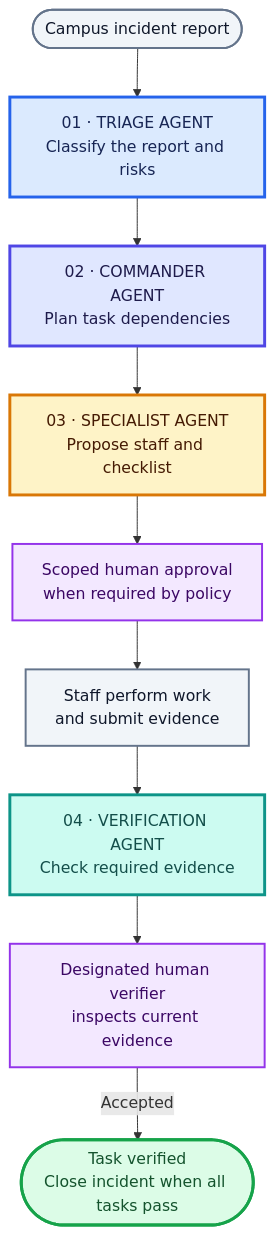
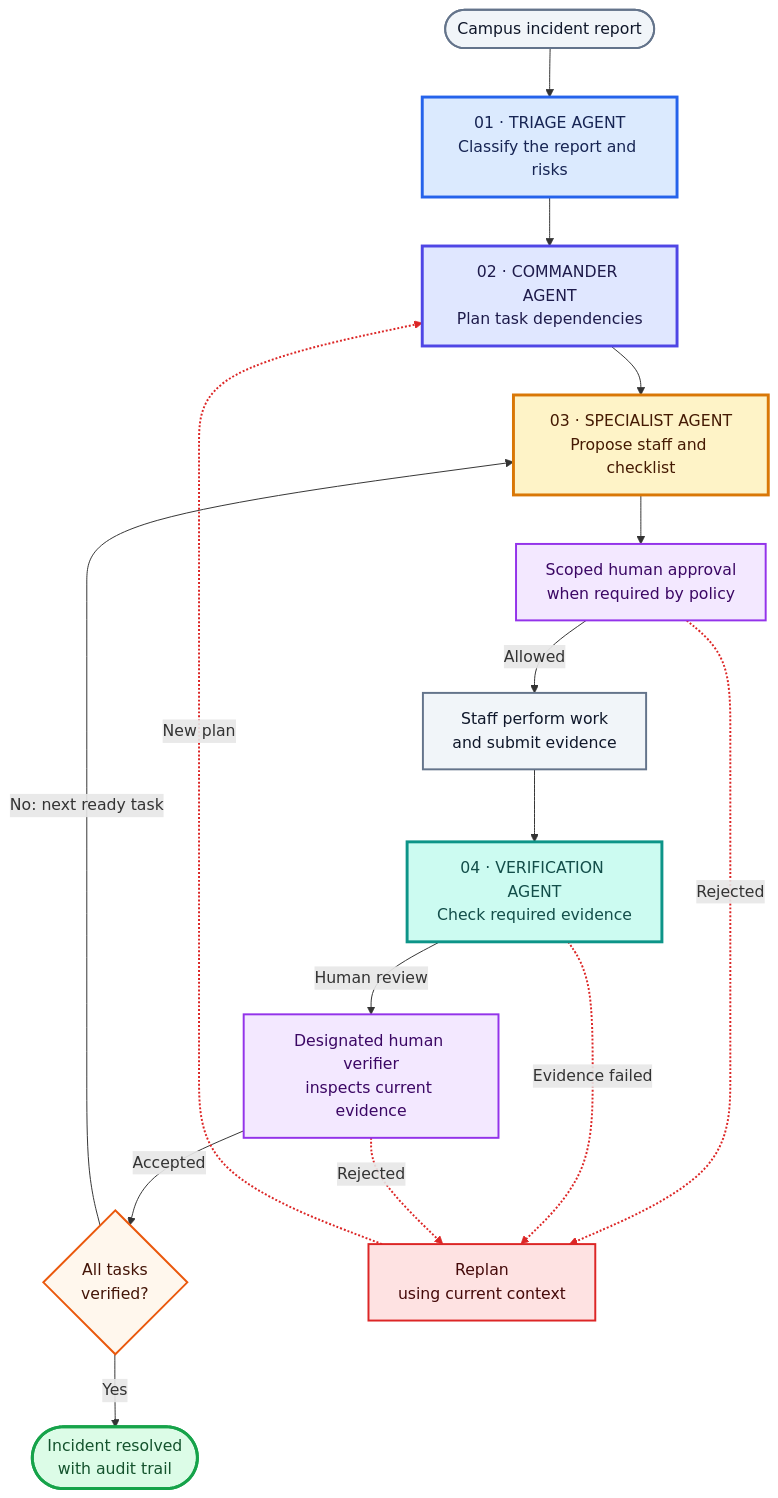
The second of 4 diagrams in README.md (thotashashank302/O.R.I.O.N---OPERATING-RESPONSE-AND-INCIDENT-ORCHESTRATION-NETWORK), drawn with Mermaid before and after one commit. The commit also changed other lines of this file, not shown here.

Commit message:
Restore explicit feedback and task-completion loops in agent diagram

````diff
--- a/README.md
+++ b/README.md
@@ -58,36 +58,50 @@
 ```mermaid
 flowchart TD
     REPORT(["Campus incident report"])
     TRIAGE["01 · TRIAGE AGENT<br/>Classify the report and risks"]
     COMMANDER["02 · COMMANDER AGENT<br/>Plan task dependencies"]
     SPECIALIST["03 · SPECIALIST AGENT<br/>Propose staff and checklist"]
     APPROVE["Scoped human approval<br/>when required by policy"]
     WORK["Staff perform work<br/>and submit evidence"]
     VERIFICATION["04 · VERIFICATION AGENT<br/>Check required evidence"]
     HUMAN["Designated human verifier<br/>inspects current evidence"]
-    DONE(["Task verified<br/>Close incident when all tasks pass"])
+    COMPLETE{"All tasks<br/>verified?"}
+    DONE(["Incident resolved<br/>with audit trail"])
+    REPLAN["Replan<br/>using current context"]
 
     REPORT --> TRIAGE
     TRIAGE --> COMMANDER
     COMMANDER --> SPECIALIST
     SPECIALIST --> APPROVE
-    APPROVE --> WORK
+    APPROVE -->|Allowed| WORK
     WORK --> VERIFICATION
-    VERIFICATION --> HUMAN
-    HUMAN -->|Accepted| DONE
+    VERIFICATION -->|Human review| HUMAN
+    HUMAN -->|Accepted| COMPLETE
+    COMPLETE -->|Yes| DONE
+    COMPLETE -->|No: next ready task| SPECIALIST
+
+    APPROVE -.->|Rejected| REPLAN
+    VERIFICATION -.->|Evidence failed| REPLAN
+    HUMAN -.->|Rejected| REPLAN
+    REPLAN -.->|New plan| COMMANDER
 
     classDef triage fill:#DBEAFE,stroke:#2563EB,color:#172554,stroke-width:3px
     classDef commander fill:#E0E7FF,stroke:#4F46E5,color:#1E1B4B,stroke-width:3px
     classDef specialist fill:#FEF3C7,stroke:#D97706,color:#451A03,stroke-width:3px
     classDef verification fill:#CCFBF1,stroke:#0D9488,color:#134E4A,stroke-width:3px
     classDef human fill:#F3E8FF,stroke:#9333EA,color:#3B0764,stroke-width:2px
     classDef neutral fill:#F1F5F9,stroke:#64748B,color:#0F172A,stroke-width:2px
     classDef complete fill:#DCFCE7,stroke:#16A34A,color:#14532D,stroke-width:3px
+    classDef decision fill:#FFF7ED,stroke:#EA580C,color:#431407,stroke-width:2px
+    classDef replan fill:#FEE2E2,stroke:#DC2626,color:#450A0A,stroke-width:2px
     class TRIAGE triage
     class COMMANDER commander
     class SPECIALIST specialist
     class VERIFICATION verification
     class APPROVE,HUMAN human
     class REPORT,WORK neutral
     class DONE complete
+    class COMPLETE decision
+    class REPLAN replan
+    linkStyle 10,11,12,13 stroke:#DC2626,stroke-width:2px
 ```
````
